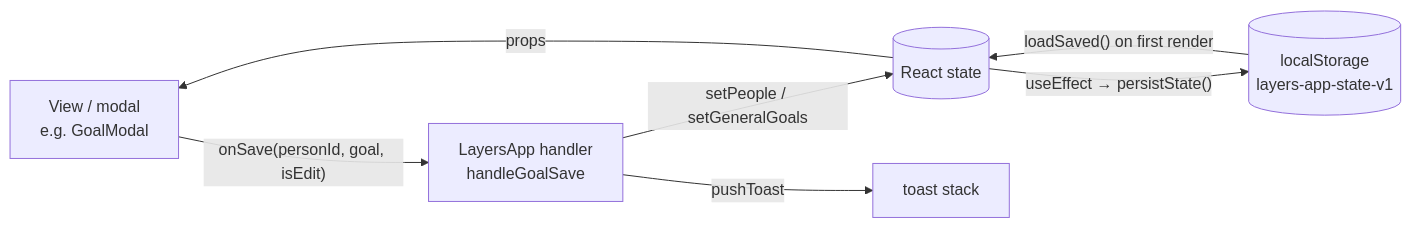
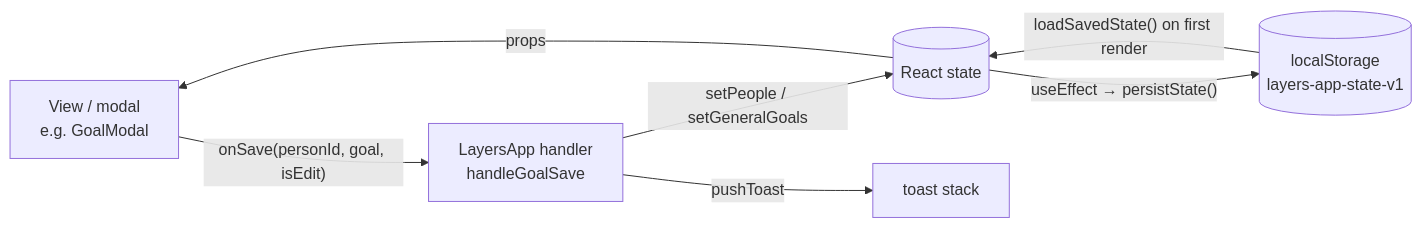
Before and after one commit to CastledRuby/layers-app: the diagram in docs/renderer/state-and-data.md, drawn with Mermaid. The commit also changed other lines of this file and 10 other files, not shown here.

````diff
--- a/docs/renderer/state-and-data.md
+++ b/docs/renderer/state-and-data.md
@@ -9,9 +9,9 @@
 ```mermaid
 flowchart LR
   UI[View / modal<br/>e.g. GoalModal] -- "onSave(personId, goal, isEdit)" --> H[LayersApp handler<br/>handleGoalSave]
   H -- setPeople / setGeneralGoals --> S[(React state)]
   S -- props --> UI
   S -- "useEffect → persistState()" --> LS[(localStorage<br/>layers-app-state-v1)]
-  LS -- "loadSaved() on first render" --> S
+  LS -- "loadSavedState() on first render" --> S
   H -- pushToast --> T[toast stack]
 ```
````
